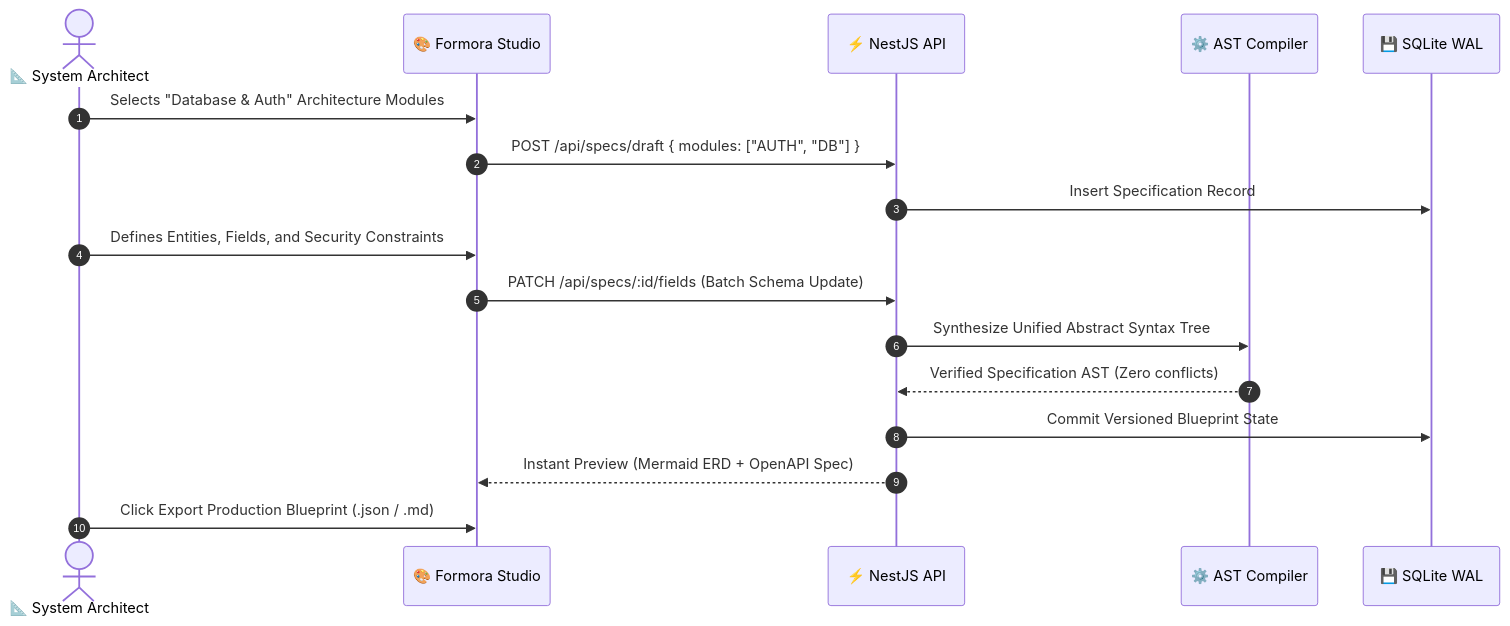
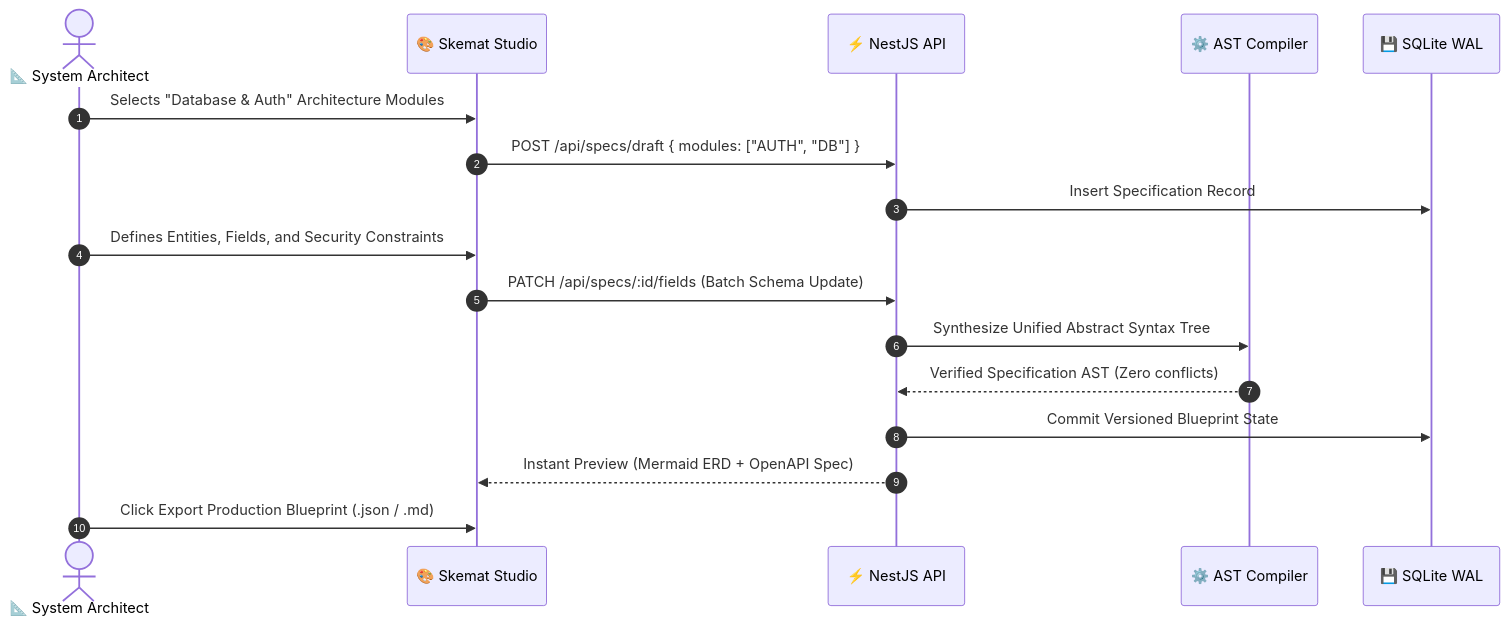
Before and after one commit to RosRendo/Formora: the third of 3 diagrams in README.md, drawn with Mermaid. The commit also changed other lines of this file and 27 other files, not shown here.

````diff
--- a/README.md
+++ b/README.md
@@ -131,22 +131,22 @@
 ```mermaid
 sequenceDiagram
     autonumber
     actor Architect as 📐 System Architect
-    participant Studio as 🎨 Formora Studio
+    participant Studio as 🎨 Skemat Studio
     participant API as ⚡ NestJS API
     participant Compiler as ⚙️ AST Compiler
     participant SQLite as 💾 SQLite WAL
 
     Architect->>Studio: Selects "Database & Auth" Architecture Modules
     Studio->>API: POST /api/specs/draft { modules: ["AUTH", "DB"] }
     API->>SQLite: Insert Specification Record
     
     Architect->>Studio: Defines Entities, Fields, and Security Constraints
     Studio->>API: PATCH /api/specs/:id/fields (Batch Schema Update)
     API->>Compiler: Synthesize Unified Abstract Syntax Tree
     Compiler-->>API: Verified Specification AST (Zero conflicts)
     
     API->>SQLite: Commit Versioned Blueprint State
     API-->>Studio: Instant Preview (Mermaid ERD + OpenAPI Spec)
     Architect->>Studio: Click Export Production Blueprint (.json / .md)
 ```
````
